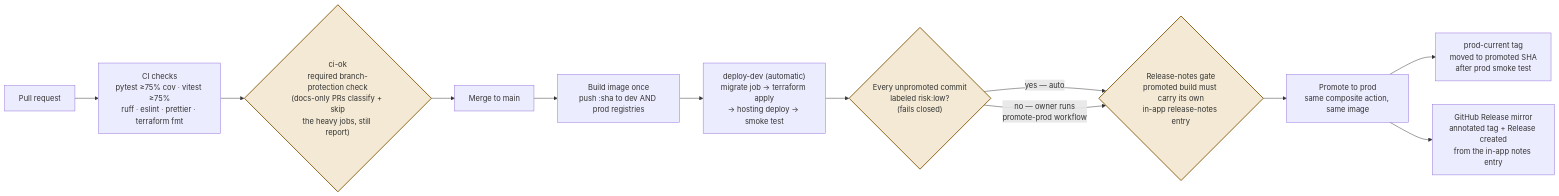
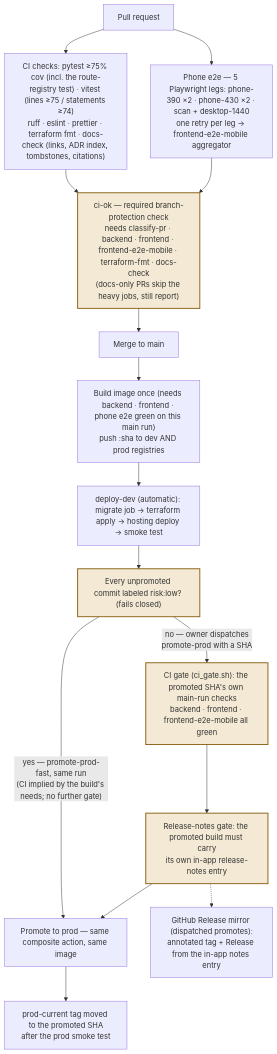
Before and after one commit to whitebreadisu/hyperspacevault: the second of 2 diagrams in specification_documents/architecture/Architecture_Physical.md, drawn with Mermaid. The commit also changed other lines of this file and 8 other files, not shown here.

First line of the commit message:
docs: BL-271 architecture views regenerated as of v2.0.1 / main d3118c5 (phone layout, scanner, PostHog relay, CI matrix, promote gate) (#274)

````diff
--- a/specification_documents/architecture/Architecture_Physical.md
+++ b/specification_documents/architecture/Architecture_Physical.md
@@ -50,17 +60,20 @@
 ```mermaid
-flowchart LR
-  pr["Pull request"] --> checks["CI checks<br/>pytest ≥75% cov · vitest ≥75%<br/>ruff · eslint · prettier · terraform fmt"]
-  checks --> ciok{"ci-ok<br/>required branch-protection check<br/>(docs-only PRs classify + skip<br/>the heavy jobs, still report)"}
+flowchart TB
+  pr["Pull request"] --> checks["CI checks: pytest ≥75% cov (incl. the route-registry test) · vitest (lines ≥75 / statements ≥74)<br/>ruff · eslint · prettier · terraform fmt · docs-check (links, ADR index, tombstones, citations)"]
+  pr --> e2e["Phone e2e — 5 Playwright legs: phone-390 ×2 · phone-430 ×2 · scan + desktop-1440<br/>one retry per leg → frontend-e2e-mobile aggregator"]
+  checks --> ciok["ci-ok — required branch-protection check<br/>needs classify-pr · backend · frontend · frontend-e2e-mobile · terraform-fmt · docs-check<br/>(docs-only PRs skip the heavy jobs, still report)"]
+  e2e --> ciok
   ciok --> merge["Merge to main"]
-  merge --> build["Build image once<br/>push :sha to dev AND prod registries"]
-  build --> dev["deploy-dev (automatic)<br/>migrate job → terraform apply<br/>→ hosting deploy → smoke test"]
-  dev --> gate{"Every unpromoted commit<br/>labeled risk:low?<br/>(fails closed)"}
-  gate -->|"yes — auto"| notes
-  gate -->|"no — owner runs<br/>promote-prod workflow"| notes{"Release-notes gate<br/>promoted build must carry its own<br/>in-app release-notes entry"}
-  notes --> promote["Promote to prod<br/>same composite action, same image"]
-  promote --> tag["prod-current tag<br/>moved to promoted SHA<br/>after prod smoke test"]
-  promote --> mirror["GitHub Release mirror<br/>annotated tag + Release created<br/>from the in-app notes entry"]
+  merge --> build["Build image once (needs backend · frontend · phone e2e green on this main run)<br/>push :sha to dev AND prod registries"]
+  build --> dev["deploy-dev (automatic): migrate job → terraform apply → hosting deploy → smoke test"]
+  dev --> gate["Every unpromoted commit labeled risk:low? (fails closed)"]
+  gate -->|"yes — promote-prod-fast, same run<br/>(CI implied by the build's needs; no further gate)"| promote
+  gate -->|"no — owner dispatches<br/>promote-prod with a SHA"| cigate["CI gate (ci_gate.sh): the promoted SHA's own main-run checks<br/>backend · frontend · frontend-e2e-mobile all green"]
+  cigate --> notes["Release-notes gate: the promoted build must carry<br/>its own in-app release-notes entry"]
+  notes --> promote["Promote to prod — same composite action, same image"]
+  promote --> tag["prod-current tag moved to the promoted SHA<br/>after the prod smoke test"]
+  notes -.-> mirror["GitHub Release mirror (dispatched promotes):<br/>annotated tag + Release from the in-app notes entry"]
 
   classDef gatestyle fill:#F3E9D4,stroke:#8A6116,stroke-width:2px;
-  class gate,notes,ciok gatestyle;
+  class gate,cigate,notes,ciok gatestyle;
 ```
````
